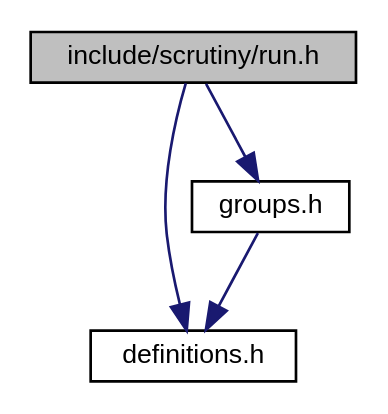
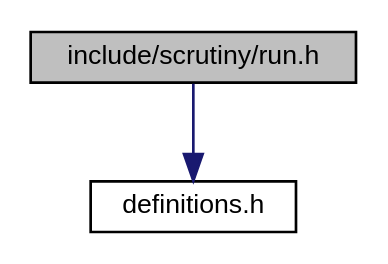
The diagram in docs/run_8h__incl.dot (nickeldan/scrutiny), drawn with Graphviz before and after one commit. The commit also changed 47 other files, not shown here.

```diff
--- a/docs/run_8h__incl.dot
+++ b/docs/run_8h__incl.dot
@@ -1,12 +1,9 @@
 digraph "include/scrutiny/run.h"
 {
  // LATEX_PDF_SIZE
   edge [fontname="Helvetica",fontsize="10",labelfontname="Helvetica",labelfontsize="10"];
   node [fontname="Helvetica",fontsize="10",shape=record];
   Node1 [label="include/scrutiny/run.h",height=0.2,width=0.4,color="black", fillcolor="grey75", style="filled", fontcolor="black",tooltip="Defines the runner functionality."];
   Node1 -> Node2 [color="midnightblue",fontsize="10",style="solid",fontname="Helvetica"];
   Node2 [label="definitions.h",height=0.2,width=0.4,color="black", fillcolor="white", style="filled",URL="$definitions_8h_source.html",tooltip=" "];
-  Node1 -> Node3 [color="midnightblue",fontsize="10",style="solid",fontname="Helvetica"];
-  Node3 [label="groups.h",height=0.2,width=0.4,color="black", fillcolor="white", style="filled",URL="$groups_8h.html",tooltip="Defines the group functionality."];
-  Node3 -> Node2 [color="midnightblue",fontsize="10",style="solid",fontname="Helvetica"];
 }
```
